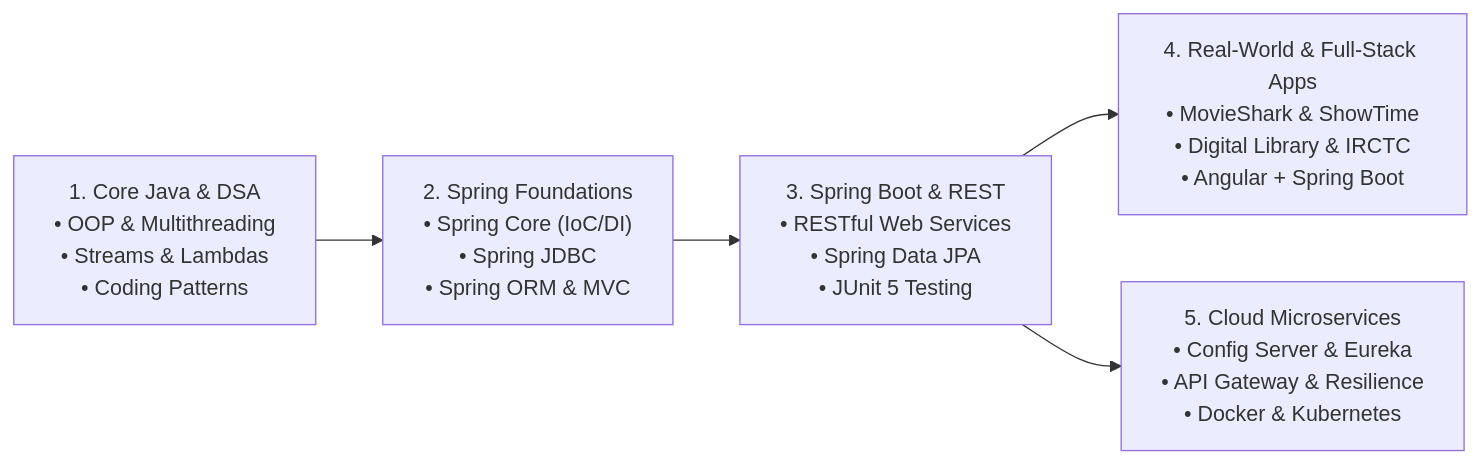
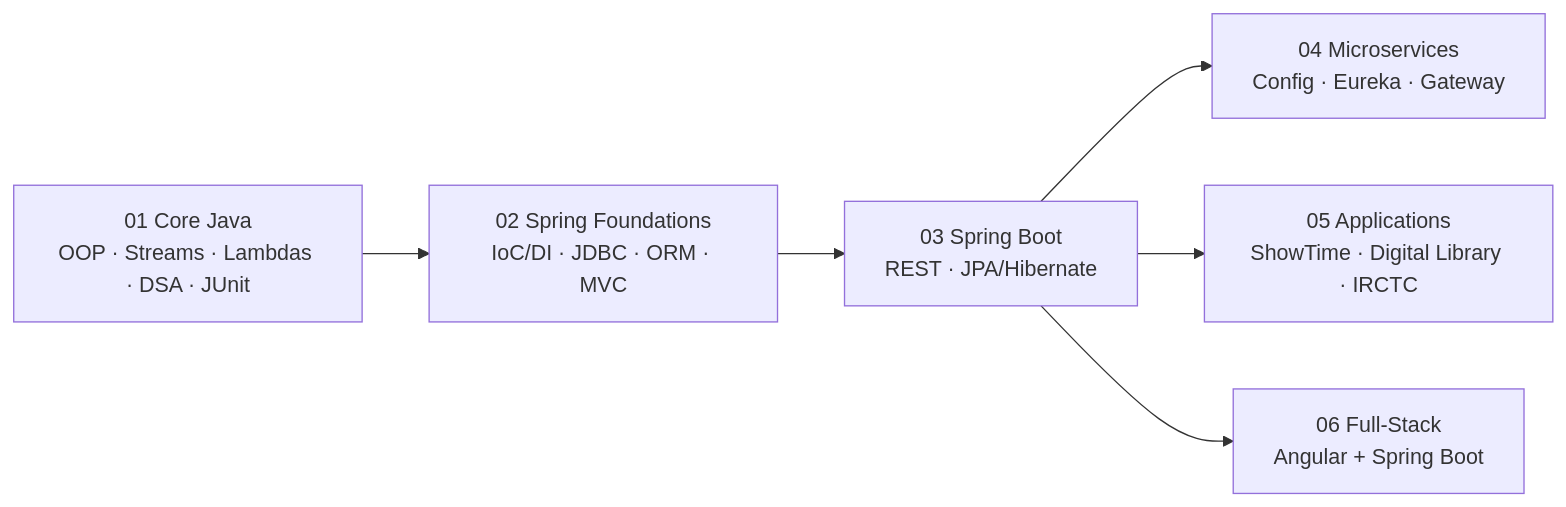
One commit to adityachauhan564/spring-framework changed the diagram in README.md. Above: the diagram before and after it, drawn with Mermaid. The commit also changed other lines of this file and 32 other files, not shown here.

````diff
--- a/README.md
+++ b/README.md
@@ -21,7 +7,8 @@
 ```mermaid
 flowchart LR
-    A["1. Core Java & DSA\n• OOP & Multithreading\n• Streams & Lambdas\n• Coding Patterns"] --> B["2. Spring Foundations\n• Spring Core (IoC/DI)\n• Spring JDBC\n• Spring ORM & MVC"]
-    B --> C["3. Spring Boot & REST\n• RESTful Web Services\n• Spring Data JPA\n• JUnit 5 Testing"]
-    C --> D["4. Real-World & Full-Stack Apps\n• MovieShark & ShowTime\n• Digital Library & IRCTC\n• Angular + Spring Boot"]
-    C --> E["5. Cloud Microservices\n• Config Server & Eureka\n• API Gateway & Resilience\n• Docker & Kubernetes"]
+    A["01 Core Java<br/>OOP · Streams · Lambdas · DSA · JUnit"] --> B["02 Spring Foundations<br/>IoC/DI · JDBC · ORM · MVC"]
+    B --> C["03 Spring Boot<br/>REST · JPA/Hibernate"]
+    C --> D["04 Microservices<br/>Config · Eureka · Gateway"]
+    C --> E["05 Applications<br/>ShowTime · Digital Library · IRCTC"]
+    C --> F["06 Full-Stack<br/>Angular + Spring Boot"]
 ```
````
